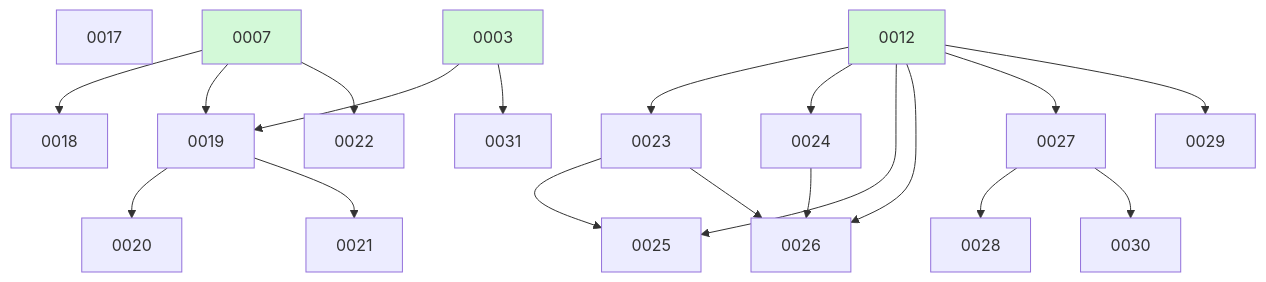
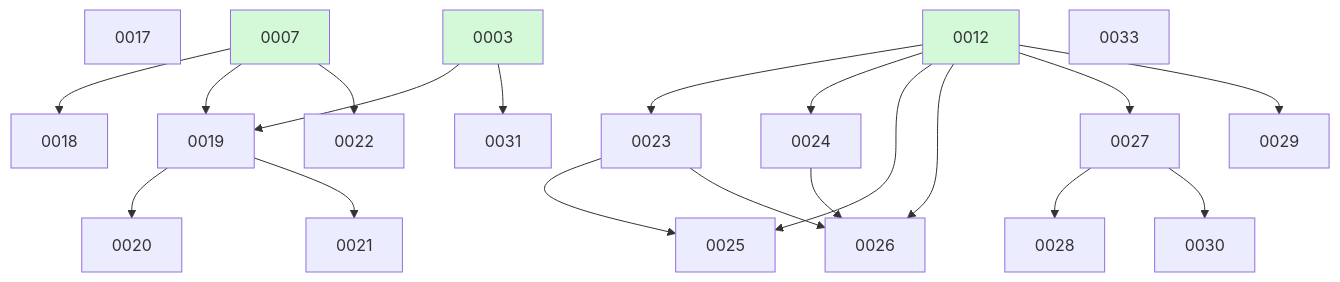
The diagram in docs/changes/BOARD.md (ethanhinson/fuse), drawn with Mermaid before and after one commit. The commit also changed other lines of this file, not shown here.

````diff
--- a/docs/changes/BOARD.md
+++ b/docs/changes/BOARD.md
@@ -30,26 +31,27 @@
 ```mermaid
 graph TD
   0017
   0007 --> 0018
   0003 --> 0019
   0007 --> 0019
   0019 --> 0020
   0019 --> 0021
   0007 --> 0022
   0012 --> 0023
   0012 --> 0024
   0012 --> 0025
   0023 --> 0025
   0012 --> 0026
   0023 --> 0026
   0024 --> 0026
   0012 --> 0027
   0027 --> 0028
   0012 --> 0029
   0027 --> 0030
   0003 --> 0031
+  0033
   0003:::done
   0007:::done
   0012:::done
   classDef done fill:#d3f9d8;
 ```
````
